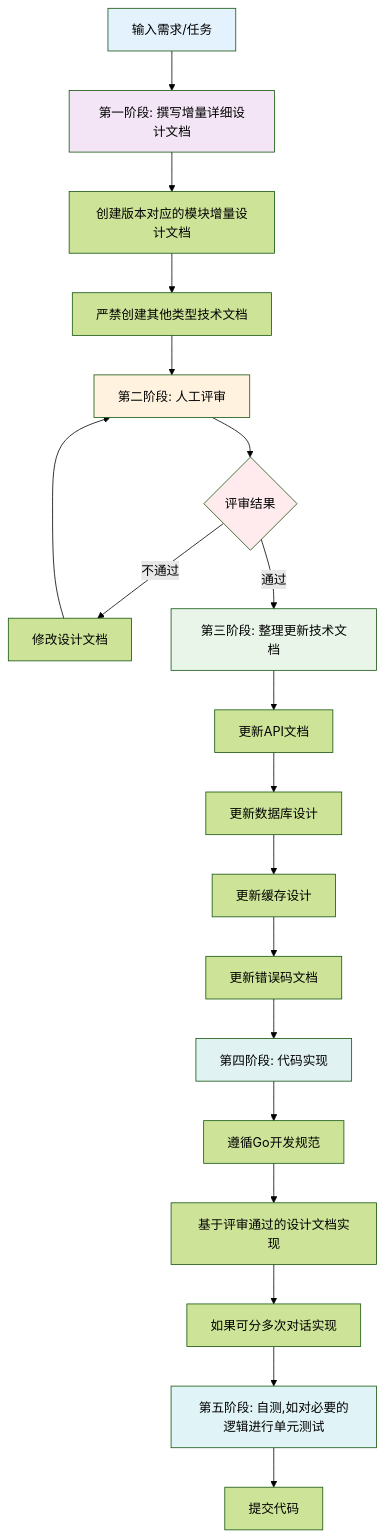
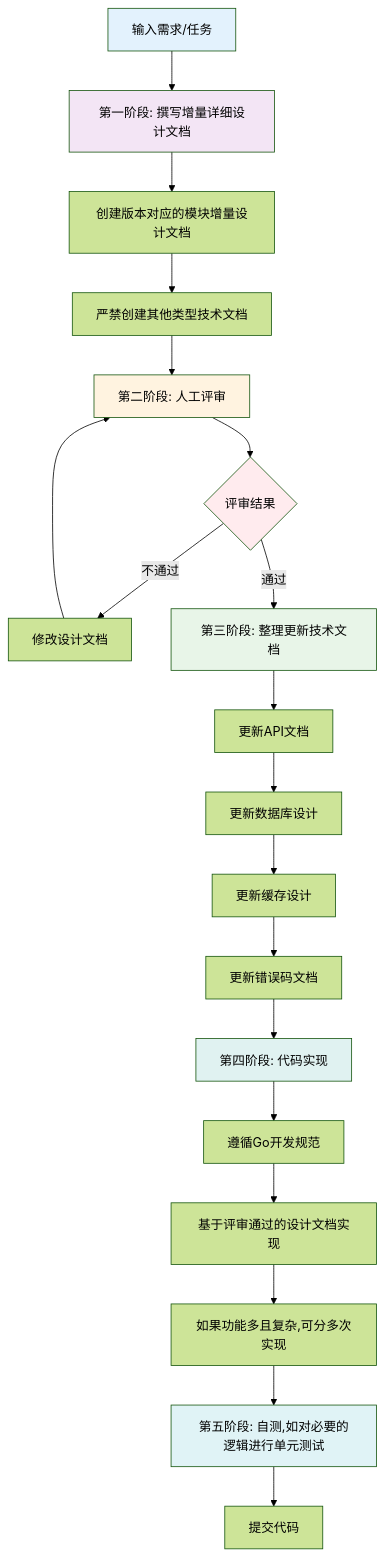
The diagram in all/未命名-2.md (yingjianzh/iodraw-files), drawn with Mermaid (forest theme) before and after one commit.

Commit message:
2025-10-23 14:21:37 update

````diff
--- a/all/未命名-2.md
+++ b/all/未命名-2.md
@@ -1,32 +1,32 @@
 ```mermaid
 
 flowchart TD
     A[输入需求/任务] --> B[第一阶段: 撰写增量详细设计文档]
     B --> C[创建版本对应的模块增量设计文档]
     C --> D[严禁创建其他类型技术文档]
     D --> E[第二阶段: 人工评审]
     E --> F{评审结果}
     F -->|不通过| G[修改设计文档]
     G --> E
     F -->|通过| H[第三阶段: 整理更新技术文档]
     H --> I[更新API文档]
     I --> J[更新数据库设计]
     J --> K[更新缓存设计]
     K --> L[更新错误码文档]
     L --> M[第四阶段: 代码实现]
     M --> N[遵循Go开发规范]
     N --> O[基于评审通过的设计文档实现]
-    O --> P[如果可分多次对话实现]
+    O --> P[如果功能多且复杂,可分多次实现]
     P --> R[第五阶段: 自测,如对必要的逻辑进行单元测试]
     R --> S[提交代码]
     
 
     style A fill:#e3f2fd
     style B fill:#f3e5f5
     style E fill:#fff3e0
     style F fill:#ffebee
     style H fill:#e8f5e8
     style M fill:#e0f2f1
     style R fill:#e0f3f6
 
 ```
````
